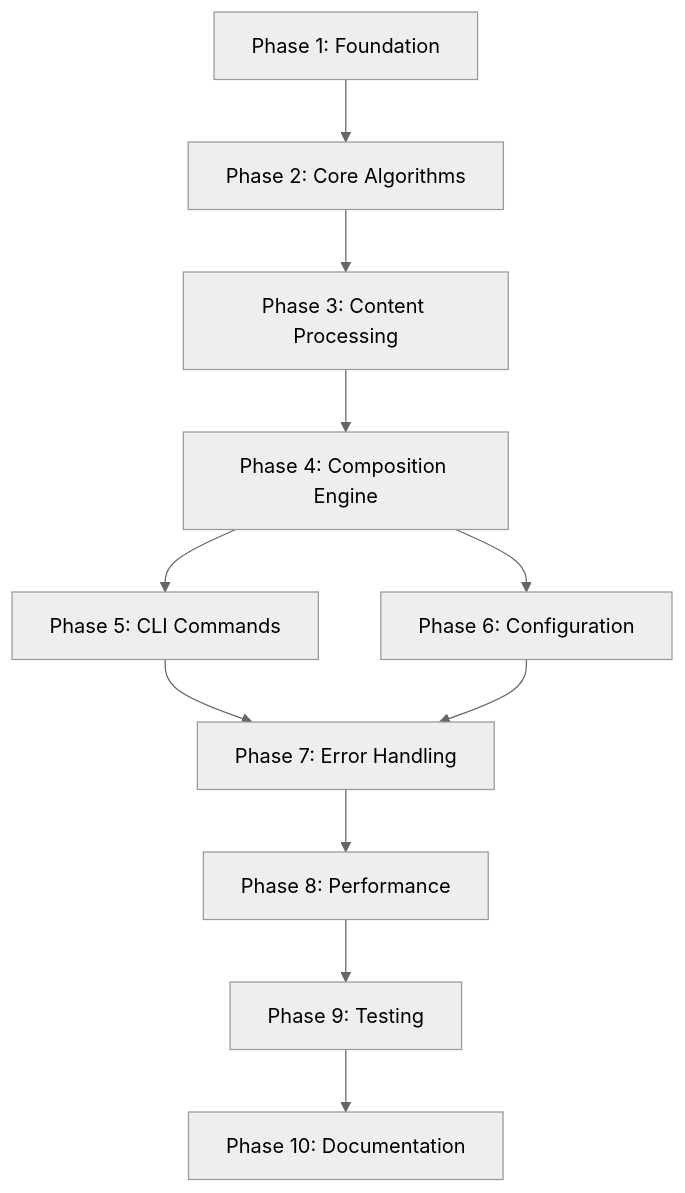
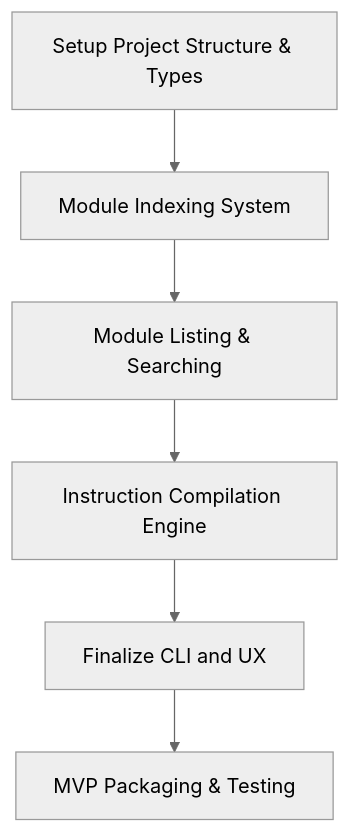
One commit to synthable/copilot-instructions-cli changed the diagram in docs/tasks.md. Above: the diagram before and after it, drawn with Mermaid (neutral theme). The commit also changed other lines of this file and 6 other files, not shown here.

First line of the commit message:
docs: add comprehensive project plan and four-tier architecture overview

````diff
--- a/docs/tasks.md
+++ b/docs/tasks.md
@@ -705,13 +10,8 @@
 ```mermaid
-graph TD
-    A[Phase 1: Foundation] --> B[Phase 2: Core Algorithms]
-    B --> C[Phase 3: Content Processing]
-    C --> D[Phase 4: Composition Engine]
-    D --> E[Phase 5: CLI Commands]
-    D --> F[Phase 6: Configuration]
-    E --> G[Phase 7: Error Handling]
-    F --> G
-    G --> H[Phase 8: Performance]
-    H --> I[Phase 9: Testing]
-    I --> J[Phase 10: Documentation]
+flowchart TD
+    A[Setup Project Structure & Types] --> B[Module Indexing System]
+    B --> C[Module Listing & Searching]
+    C --> D[Instruction Compilation Engine]
+    D --> E[Finalize CLI and UX]
+    E --> F[MVP Packaging & Testing]
 ```
````
